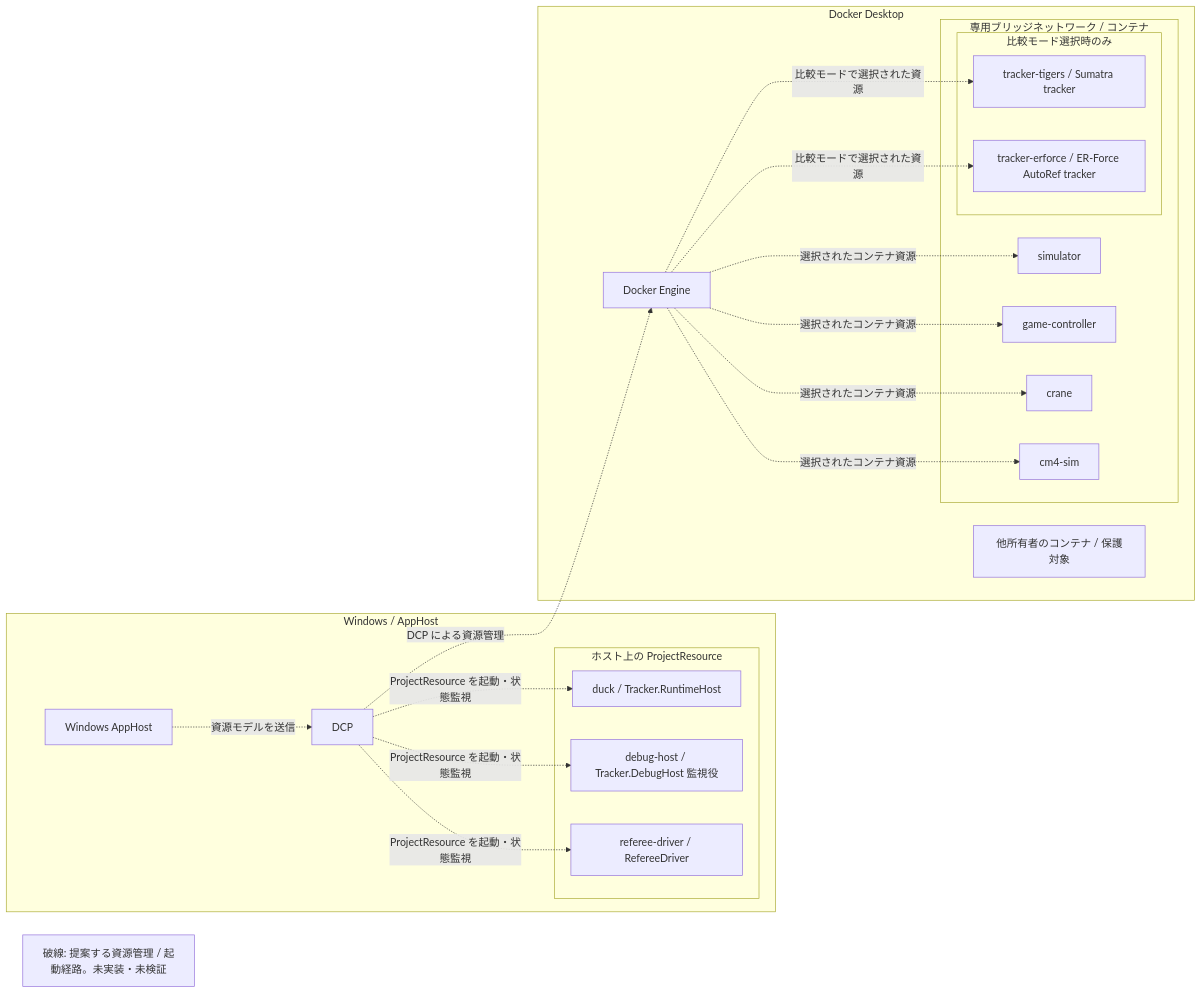
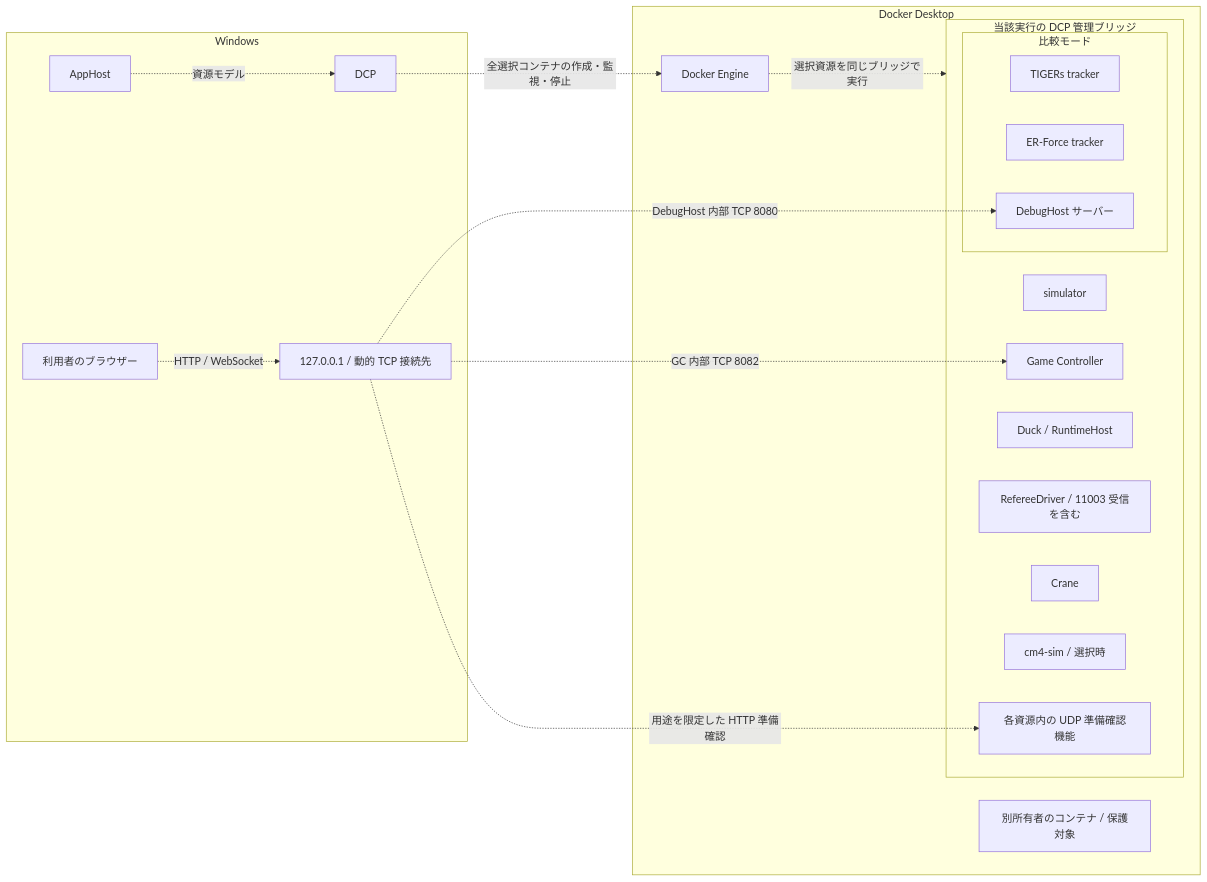
Before and after one commit to ibis-ssl/Duck: the first of 3 diagrams in Tracker/Design/Testing/aspire-simulation-test-environment.md, drawn with Mermaid. The commit also changed other lines of this file and 4 other files, not shown here.

````diff
--- a/Tracker/Design/Testing/aspire-simulation-test-environment.md
+++ b/Tracker/Design/Testing/aspire-simulation-test-environment.md
@@ -35,38 +39,34 @@
 ```mermaid
 flowchart LR
- subgraph win[Windows / AppHost]
-  app[Windows AppHost]
+ subgraph win[Windows]
+  browser[利用者のブラウザー]
+  app[AppHost]
   dcp[DCP]
-  subgraph projects[ホスト上の ProjectResource]
-   duck[duck / Tracker.RuntimeHost]
-   debug[debug-host / Tracker.DebugHost 監視役]
-   ref[referee-driver / RefereeDriver]
-  end
-  app -. 資源モデルを送信 .-> dcp
-  dcp -. ProjectResource を起動・状態監視 .-> duck
-  dcp -. ProjectResource を起動・状態監視 .-> debug
-  dcp -. ProjectResource を起動・状態監視 .-> ref
+  ports[127.0.0.1 / 動的 TCP 接続先]
+  app -. 資源モデル .-> dcp
+  browser -. HTTP / WebSocket .-> ports
  end
  subgraph desktop[Docker Desktop]
   engine[Docker Engine]
-  subgraph bridge[専用ブリッジネットワーク / コンテナ]
+  subgraph bridge[当該実行の DCP 管理ブリッジ]
    sim[simulator]
-   gc[game-controller]
-   crane[crane]
-   cm4[cm4-sim]
-   subgraph optional[比較モード選択時のみ]
-    tigers[tracker-tigers / Sumatra tracker]
-    erforce[tracker-erforce / ER-Force AutoRef tracker]
+   gc[Game Controller]
+   duck[Duck / RuntimeHost]
+   ref[RefereeDriver / 11003 受信を含む]
+   crane[Crane]
+   cm4[cm4-sim / 選択時]
+   checks[各資源内の UDP 準備確認機能]
+   subgraph optional[比較モード]
+    tigers[TIGERs tracker]
+    erforce[ER-Force tracker]
+    debug[DebugHost サーバー]
    end
   end
-  foreign[他所有者のコンテナ / 保護対象]
+  foreign[別所有者のコンテナ / 保護対象]
  end
- dcp -. DCP による資源管理 .-> engine
- engine -. 選択されたコンテナ資源 .-> sim
- engine -. 選択されたコンテナ資源 .-> gc
- engine -. 選択されたコンテナ資源 .-> crane
- engine -. 選択されたコンテナ資源 .-> cm4
- engine -. 比較モードで選択された資源 .-> tigers
- engine -. 比較モードで選択された資源 .-> erforce
- legend[破線: 提案する資源管理 / 起動経路。未実装・未検証]
+ dcp -. 全選択コンテナの作成・監視・停止 .-> engine
+ engine -. 選択資源を同じブリッジで実行 .-> bridge
+ ports -. GC 内部 TCP 8082 .-> gc
+ ports -. DebugHost 内部 TCP 8080 .-> debug
+ ports -. 用途を限定した HTTP 準備確認 .-> checks
 ```
````
